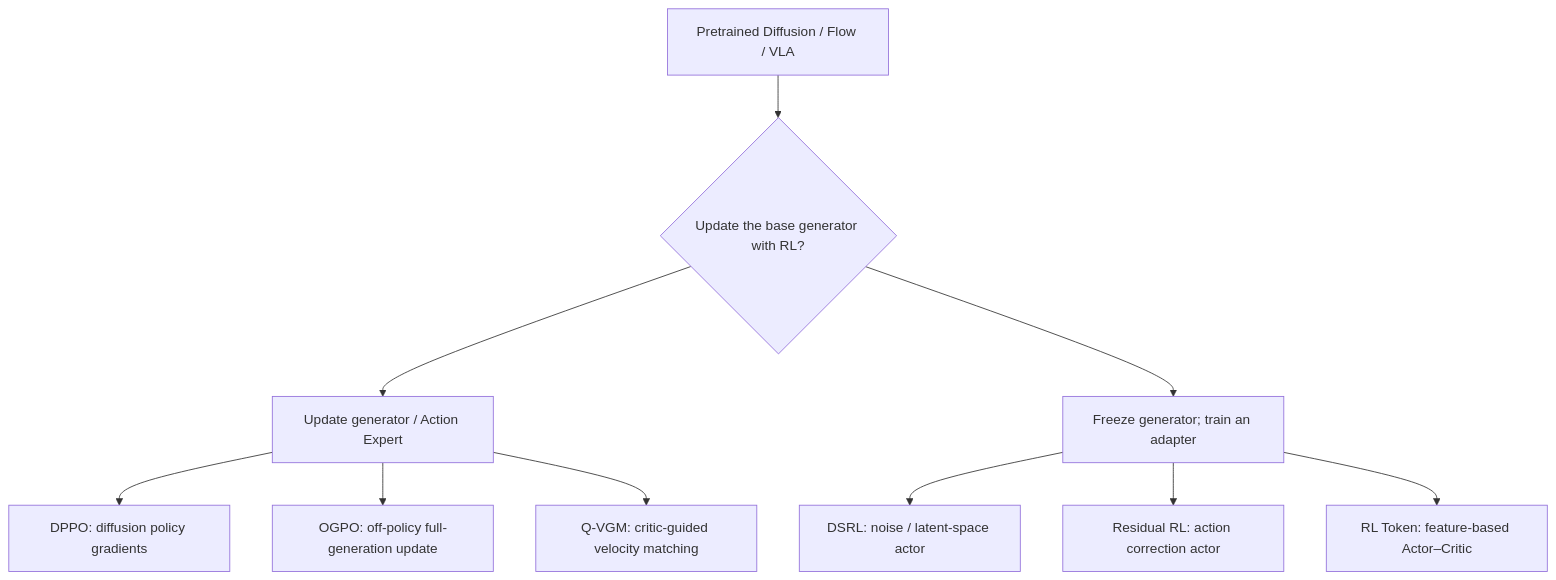
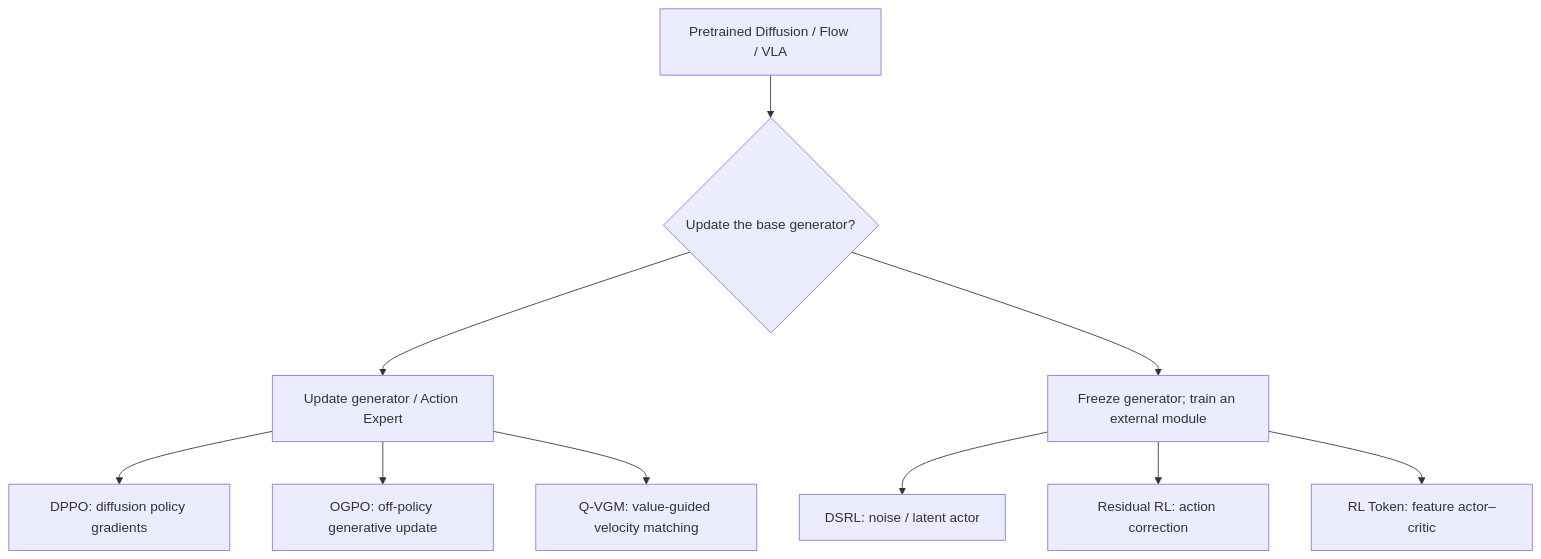
Before and after one commit to zengxiong111/Foundation_of_Embodied_AI: the second of 5 diagrams in md/RL_Post_Training_EN.md, drawn with Mermaid. The commit also changed other lines of this file and 6 other files, not shown here.

````diff
--- a/md/RL_Post_Training_EN.md
+++ b/md/RL_Post_Training_EN.md
@@ -65,13 +64,13 @@
 ```mermaid
 %% FIG: taxonomy
 flowchart TB
-  P["Pretrained Diffusion / Flow / VLA"] --> Q{"Update the base generator with RL?"}
+  P["Pretrained Diffusion / Flow / VLA"] --> Q{"Update the base generator?"}
   Q --> U["Update generator / Action Expert"]
-  Q --> Z["Freeze generator; train an adapter"]
+  Q --> Z["Freeze generator; train an external module"]
   U --> A["DPPO: diffusion policy gradients"]
-  U --> B["OGPO: off-policy full-generation update"]
-  U --> C["Q-VGM: critic-guided velocity matching"]
-  Z --> D["DSRL: noise / latent-space actor"]
-  Z --> E["Residual RL: action correction actor"]
-  Z --> F["RL Token: feature-based Actor–Critic"]
+  U --> B["OGPO: off-policy generative update"]
+  U --> C["Q-VGM: value-guided velocity matching"]
+  Z --> D["DSRL: noise / latent actor"]
+  Z --> E["Residual RL: action correction"]
+  Z --> F["RL Token: feature actor–critic"]
 ```
````
